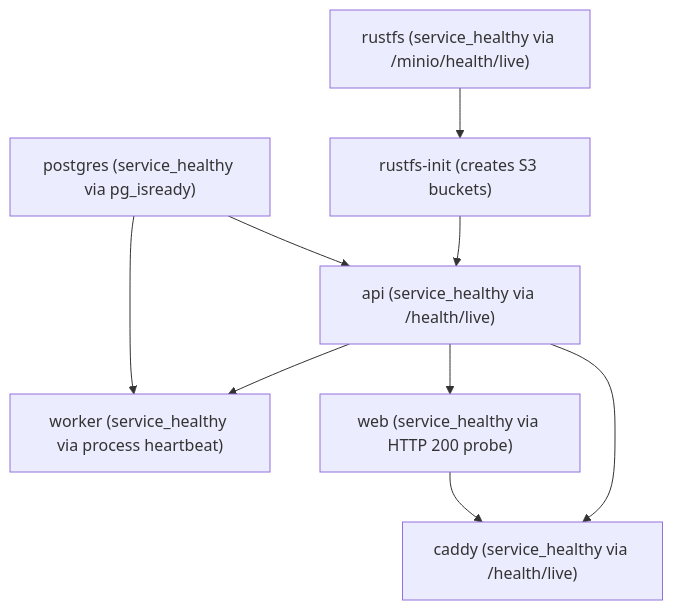
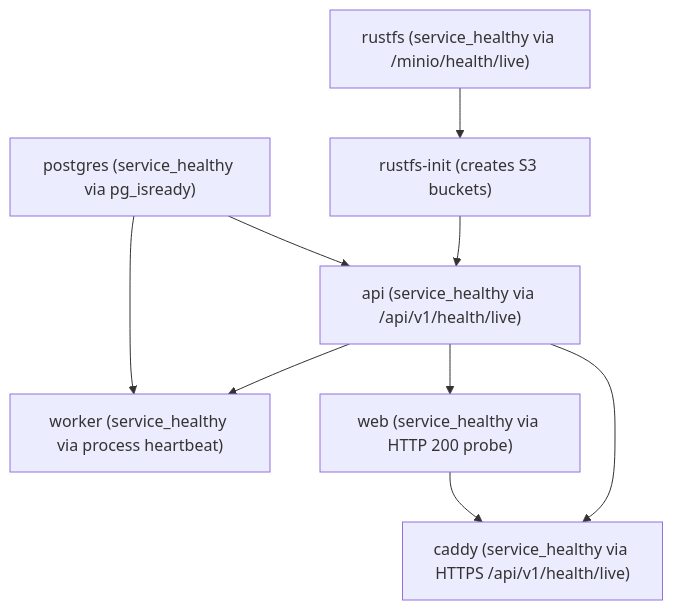
One commit to Alkanni/vynor-crm-system changed the second of 2 diagrams in docs/infrastructure-and-deployment.md. Above: the diagram before and after it, drawn with Mermaid. The commit also changed other lines of this file and 25 other files, not shown here.

````diff
--- a/docs/infrastructure-and-deployment.md
+++ b/docs/infrastructure-and-deployment.md
@@ -61,19 +65,19 @@
 ```mermaid
 graph TD
     Postgres["postgres (service_healthy via pg_isready)"]
     RustFS["rustfs (service_healthy via /minio/health/live)"]
     Init["rustfs-init (creates S3 buckets)"]
-    API["api (service_healthy via /health/live)"]
+    API["api (service_healthy via /api/v1/health/live)"]
     Worker["worker (service_healthy via process heartbeat)"]
     Web["web (service_healthy via HTTP 200 probe)"]
-    Caddy["caddy (service_healthy via /health/live)"]
+    Caddy["caddy (service_healthy via HTTPS /api/v1/health/live)"]
 
     Postgres --> API
     RustFS --> Init
     Init --> API
     Postgres --> Worker
     API --> Worker
     API --> Web
     Web --> Caddy
     API --> Caddy
 ```
````
